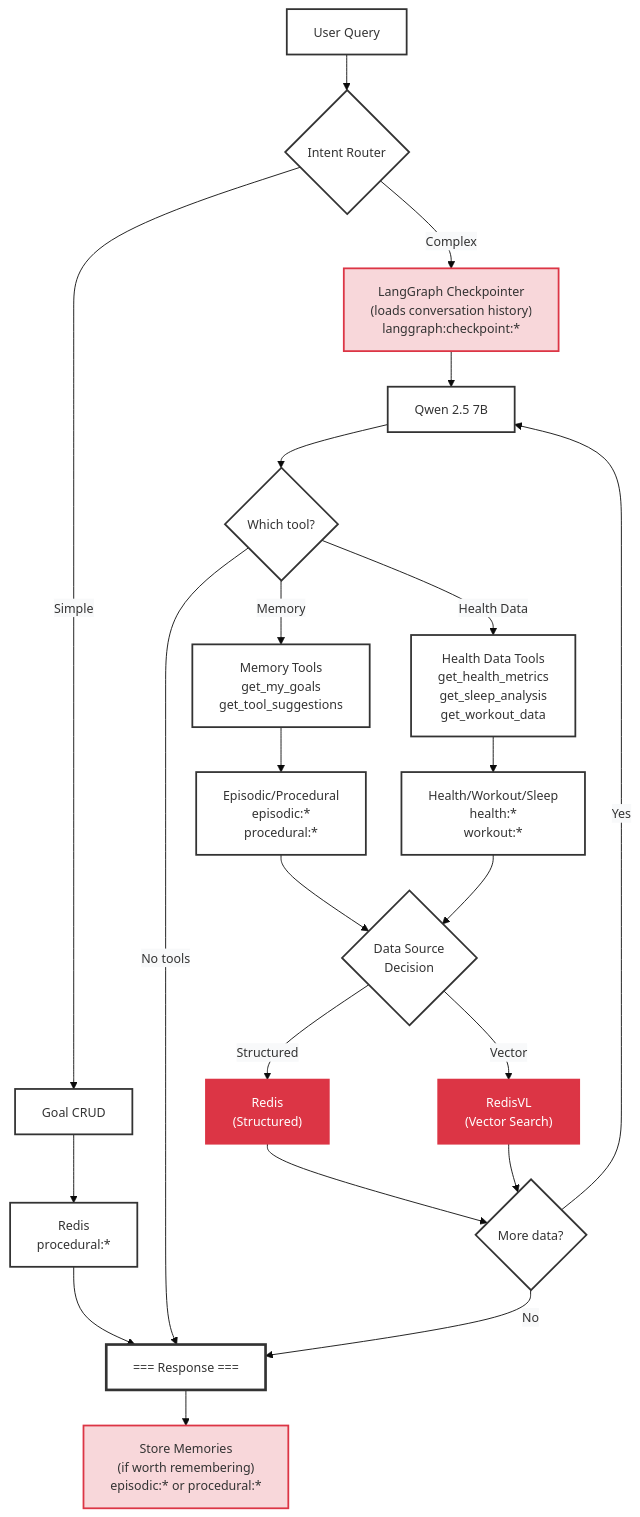
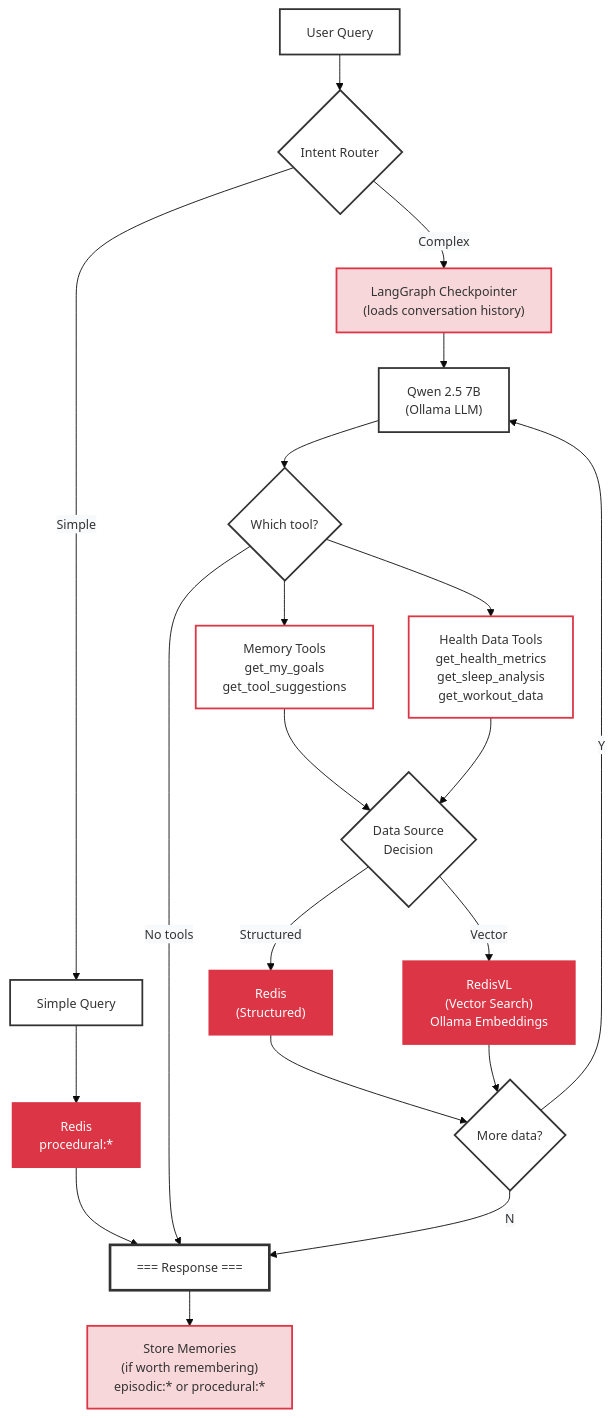
The second of 2 diagrams in docs/STATEFUL_AGENT.md (AllieRays/redis-wellness), drawn with Mermaid before and after one commit.

Commit message:
Final workflow improvements: wider response box, clearer labels, Redis branding

````diff
--- a/docs/STATEFUL_AGENT.md
+++ b/docs/STATEFUL_AGENT.md
@@ -90,59 +90,53 @@
 ```mermaid
 %%{init: {'theme':'base', 'themeVariables': { 'fontSize':'14px', 'edgeLabelBackground':'#f8f9fa'}, 'flowchart': {'nodeSpacing': 40, 'rankSpacing': 40}}}%%
 flowchart TB
     Query["User Query"]
     Router{"Intent Router"}
-    GoalOp["Goal CRUD"]
+    GoalOp["Simple Query"]
     GoalRedis["Redis<br/>procedural:*"]
-    Memory["LangGraph Checkpointer<br/>(loads conversation history)<br/>langgraph:checkpoint:*"]
-    LLM["Qwen 2.5 7B"]
+    Memory["LangGraph Checkpointer<br/>(loads conversation history)"]
+    LLM["Qwen 2.5 7B<br/>(Ollama LLM)"]
     Decision{"Which tool?"}
     MemoryTools["Memory Tools<br/>get_my_goals<br/>get_tool_suggestions"]
     HealthTools["Health Data Tools<br/>get_health_metrics<br/>get_sleep_analysis<br/>get_workout_data"]
-    MemoryData["Episodic/Procedural<br/>episodic:*<br/>procedural:*"]
-    HealthData["Health/Workout/Sleep<br/>health:*<br/>workout:*"]
     DataSource{"Data Source<br/>Decision"}
     RedisStructured["Redis<br/>(Structured)"]
-    RedisVector["RedisVL<br/>(Vector Search)"]
+    RedisVector["RedisVL<br/>(Vector Search)<br/>Ollama Embeddings"]
     Loop{"More data?"}
     Store["Store Memories<br/>(if worth remembering)<br/>episodic:* or procedural:*"]
     Response["=== Response ==="]
     Query --> Router
-    Router -->|Simple| GoalOp
-    Router -->|Complex| Memory
+    Router -->|"Simple"| GoalOp
+    Router -->|"Complex"| Memory
     GoalOp --> GoalRedis
     GoalRedis --> Response
     Memory --> LLM
     LLM --> Decision
-    Decision -->|Memory| MemoryTools
-    Decision -->|Health Data| HealthTools
+    Decision --> MemoryTools
+    Decision --> HealthTools
     Decision -->|No tools| Response
-    MemoryTools --> MemoryData
-    HealthTools --> HealthData
-    MemoryData --> DataSource
-    HealthData --> DataSource
+    MemoryTools --> DataSource
+    HealthTools --> DataSource
     DataSource -->|Structured| RedisStructured
     DataSource -->|Vector| RedisVector
     RedisStructured --> Loop
     RedisVector --> Loop
-    Loop -->|Yes| LLM
-    Loop -->|No| Response
+    Loop -->|Y| LLM
+    Loop -->|N| Response
     Response --> Store
     style Query fill:#fff,stroke:#333,stroke-width:2px
     style Router fill:#fff,stroke:#333,stroke-width:2px
     style GoalOp fill:#fff,stroke:#333,stroke-width:2px
-    style GoalRedis fill:#fff,stroke:#333,stroke-width:2px
+    style GoalRedis fill:#dc3545,stroke:#dc3545,stroke-width:2px,color:#fff
     style Memory fill:#f8d7da,stroke:#dc3545,stroke-width:2px
     style LLM fill:#fff,stroke:#333,stroke-width:2px
     style Decision fill:#fff,stroke:#333,stroke-width:2px
-    style MemoryTools fill:#fff,stroke:#333,stroke-width:2px
-    style HealthTools fill:#fff,stroke:#333,stroke-width:2px
-    style MemoryData fill:#fff,stroke:#333,stroke-width:2px
-    style HealthData fill:#fff,stroke:#333,stroke-width:2px
+    style MemoryTools fill:#fff,stroke:#dc3545,stroke-width:2px
+    style HealthTools fill:#fff,stroke:#dc3545,stroke-width:2px
     style DataSource fill:#fff,stroke:#333,stroke-width:2px
     style RedisStructured fill:#dc3545,stroke:#dc3545,stroke-width:2px,color:#fff
     style RedisVector fill:#dc3545,stroke:#dc3545,stroke-width:2px,color:#fff
     style Loop fill:#fff,stroke:#333,stroke-width:2px
     style Store fill:#f8d7da,stroke:#dc3545,stroke-width:2px
-    style Response fill:#fff,stroke:#333,stroke-width:3px,min-width:300px
+    style Response fill:#fff,stroke:#333,stroke-width:3px,min-width:500px
 ```
````
